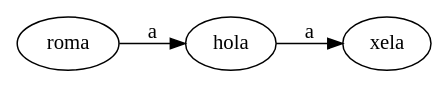
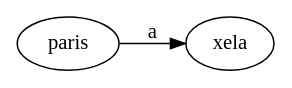
Before and after one commit to LouisGonzalez/ESTRUCTURA-Waze-Guatemala: the diagram in grafica.dot, drawn with Graphviz. The commit also changed 32 other files, not shown here.

Commit message:
proyecto terminado a falta de makefile y graphviz del arbol B

```diff
--- a/grafica.dot
+++ b/grafica.dot
@@ -1,5 +1,4 @@
 digraph G {
 rankdir=LR;
-roma->hola[label="a"];
-hola->xela[label="a"];
+paris->xela[label="a"];
 }
```
